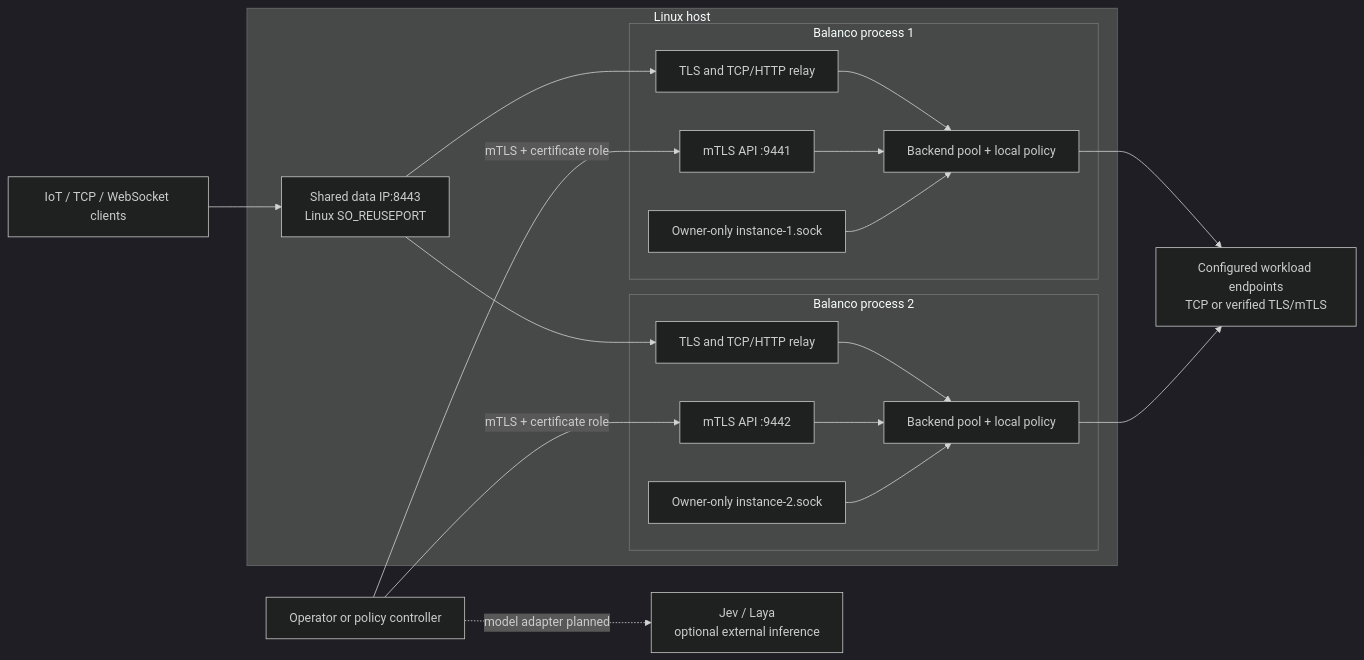
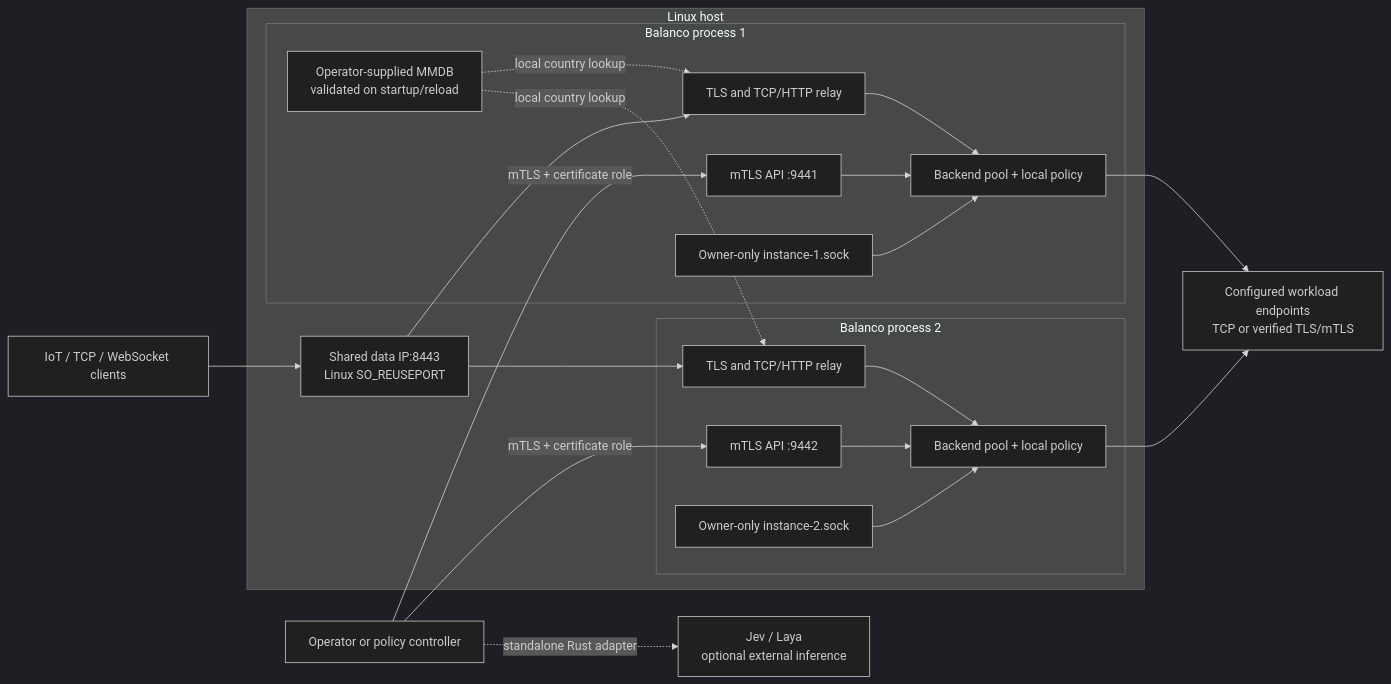
Before and after one commit to tsener/balanco: the first of 4 diagrams in docs/diagrams.md, drawn with Mermaid (dark theme). The commit also changed other lines of this file and 23 other files, not shown here.

````diff
--- a/docs/diagrams.md
+++ b/docs/diagrams.md
@@ -7,25 +7,28 @@
 ```mermaid
 flowchart LR
     Clients["IoT / TCP / WebSocket clients"] --> Shared["Shared data IP:8443<br/>Linux SO_REUSEPORT"]
     Operator["Operator or policy controller"]
     Model["Jev / Laya<br/>optional external inference"]
-    Operator -. "model adapter planned" .-> Model
+    Operator -. "standalone Rust adapter" .-> Model
+    Database["Operator-supplied MMDB<br/>validated on startup/reload"]
     subgraph Host["Linux host"]
         Shared --> Data1
         Shared --> Data2
         subgraph P1["Balanco process 1"]
             Data1["TLS and TCP/HTTP relay"] --> Pool1["Backend pool + local policy"]
+            Database -. "local country lookup" .-> Data1
             API1["mTLS API :9441"] --> Pool1
             Unix1["Owner-only instance-1.sock"] --> Pool1
         end
         subgraph P2["Balanco process 2"]
             Data2["TLS and TCP/HTTP relay"] --> Pool2["Backend pool + local policy"]
+            Database -. "local country lookup" .-> Data2
             API2["mTLS API :9442"] --> Pool2
             Unix2["Owner-only instance-2.sock"] --> Pool2
         end
     end
     Operator -- "mTLS + certificate role" --> API1
     Operator -- "mTLS + certificate role" --> API2
     Pool1 --> Workloads["Configured workload endpoints<br/>TCP or verified TLS/mTLS"]
     Pool2 --> Workloads
 ```
````
